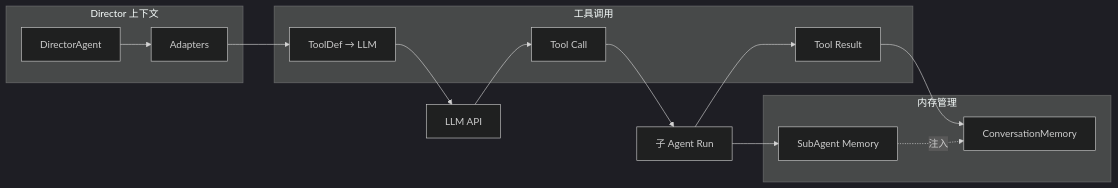
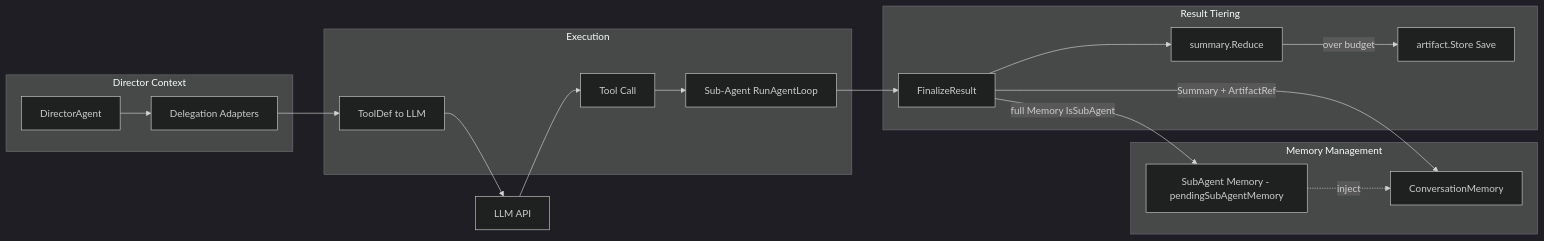
Before and after one commit to iohub/Yagent: the tenth of 10 diagrams in docs/ARCHITECTURE.md, drawn with Mermaid (dark theme). The commit also changed other lines of this file, not shown here.

First line of the commit message:
docs(architecture): rewrite Chinese arch doc to match English v2.0.0

````diff
--- a/docs/ARCHITECTURE.md
+++ b/docs/ARCHITECTURE.md
@@ -1393,28 +1649,36 @@
 ```mermaid
 flowchart LR
-    subgraph DirectorScope [Director 上下文]
+    subgraph DirectorScope [Director Context]
         COND[DirectorAgent]
-        ADAPTERS[Adapters]
+        ADAPTERS[Delegation Adapters]
     end
-    
-    subgraph ToolCallScope [工具调用]
-        TOOL_DEF[ToolDef → LLM]
+
+    subgraph Exec [Execution]
+        TOOL_DEF[ToolDef to LLM]
         TOOL_CALL[Tool Call]
-        TOOL_RESULT[Tool Result]
+        SUBRUN[Sub-Agent RunAgentLoop]
     end
-    
-    subgraph MemoryScope [内存管理]
+
+    subgraph Tiering [Result Tiering]
+        FINAL[FinalizeResult]
+        REDUCE[summary.Reduce]
+        ART[artifact.Store Save]
+    end
+
+    subgraph MemoryScope [Memory Management]
         CONV_MEM[ConversationMemory]
-        SUB_AGENT_MEM[SubAgent Memory]
+        SUB_MEM[SubAgent Memory - pendingSubAgentMemory]
     end
-    
+
     COND --> ADAPTERS
     ADAPTERS --> TOOL_DEF
     TOOL_DEF --> LLM[LLM API]
     LLM --> TOOL_CALL
-    TOOL_CALL --> SUB_AGENTS[子 Agent Run]
-    SUB_AGENTS --> TOOL_RESULT
-    TOOL_RESULT --> CONV_MEM
-    SUB_AGENTS --> SUB_AGENT_MEM
-    SUB_AGENT_MEM -.->|注入| CONV_MEM
+    TOOL_CALL --> SUBRUN
+    SUBRUN --> FINAL
+    FINAL --> REDUCE
+    REDUCE -->|"over budget"| ART
+    FINAL -->|"Summary + ArtifactRef"| CONV_MEM
+    FINAL -->|"full Memory IsSubAgent"| SUB_MEM
+    SUB_MEM -.inject.-> CONV_MEM
 ```
````
